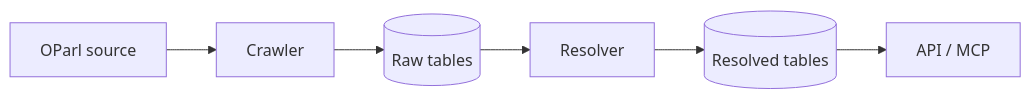
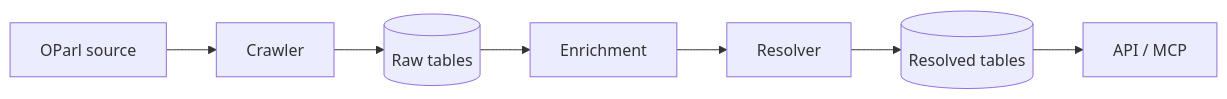
One commit to markuspoerschke/openbert-backend changed the second of 2 diagrams in README.md. Above: the diagram before and after it, drawn with Mermaid. The commit also changed other lines of this file and 10 other files, not shown here.

````diff
--- a/README.md
+++ b/README.md
@@ -44,8 +44,9 @@
 ```mermaid
 flowchart LR
     Source[OParl source] --> Crawler
     Crawler --> Raw[(Raw tables)]
-    Raw --> Resolver
+    Raw --> Enrichment
+    Enrichment --> Resolver
     Resolver --> Resolved[(Resolved tables)]
     Resolved --> API[API / MCP]
 ```
````
